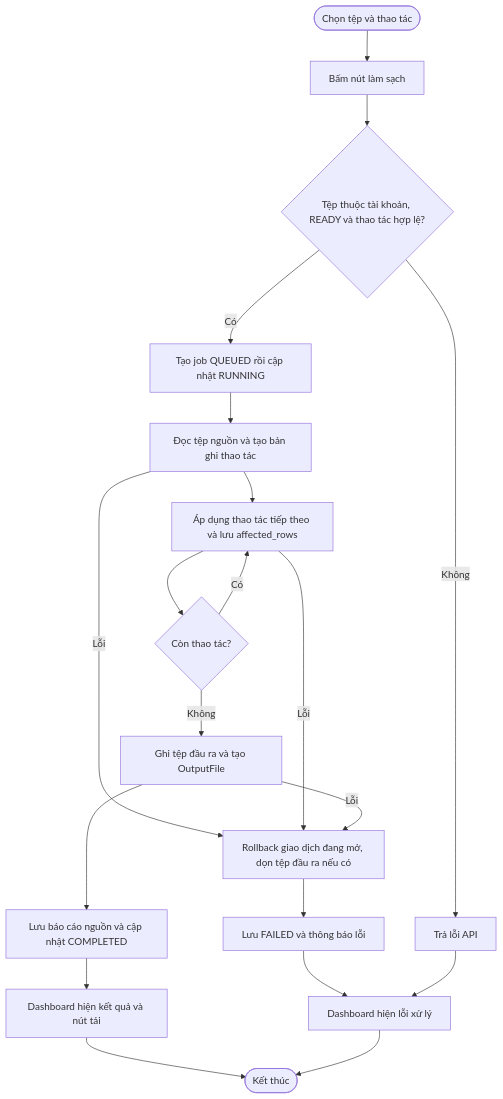
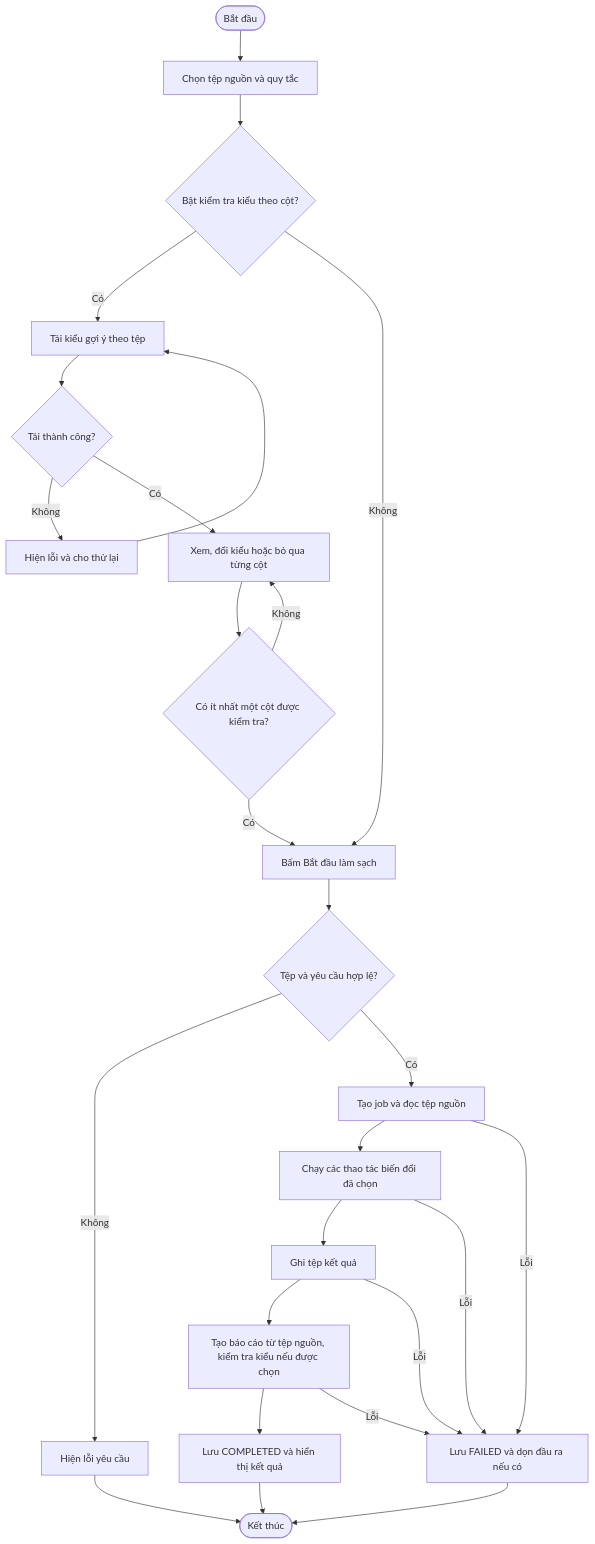
Diagram 11 of 24 in docs/diagrams/So-do-activity-va-sequence.md (tuoicaominh/DATA-CLEANING-AND-ANALYSIS-), drawn with Mermaid before and after one commit. The commit also changed other lines of this file and 2 other files, not shown here.

First line of the commit message:
docs: Cập nhật sơ đồ và báo cáo chức năng làm sạch dữ liệu

````diff
--- a/docs/diagrams/So-do-activity-va-sequence.md
+++ b/docs/diagrams/So-do-activity-va-sequence.md
@@ -284,22 +284,28 @@
 ```mermaid
 flowchart TD
-    A([Chọn tệp và thao tác]) --> B["Bấm nút làm sạch"]
-    B --> C{"Tệp thuộc tài khoản, READY và thao tác hợp lệ?"}
-    C -- Không --> D["Trả lỗi API"]
-    C -- Có --> E["Tạo job QUEUED rồi cập nhật RUNNING"]
-    E --> F["Đọc tệp nguồn và tạo bản ghi thao tác"]
-    F --> G["Áp dụng thao tác tiếp theo và lưu affected_rows"]
-    G --> H{"Còn thao tác?"}
-    H -- Có --> G
-    H -- Không --> I["Ghi tệp đầu ra và tạo OutputFile"]
-    I --> J["Lưu báo cáo nguồn và cập nhật COMPLETED"]
-    F -- Lỗi --> K["Rollback giao dịch đang mở, dọn tệp đầu ra nếu có"]
-    G -- Lỗi --> K
-    I -- Lỗi --> K
-    K --> L["Lưu FAILED và thông báo lỗi"]
-    J --> M["Dashboard hiện kết quả và nút tải"]
-    L --> N["Dashboard hiện lỗi xử lý"]
-    D --> N
-    M --> O([Kết thúc])
-    N --> O
+    start([Bắt đầu]) --> pick["Chọn tệp nguồn và quy tắc"]
+    pick --> checkTypes{"Bật kiểm tra kiểu theo cột?"}
+    checkTypes -->|Có| profile["Tải kiểu gợi ý theo tệp"]
+    profile --> loaded{"Tải thành công?"}
+    loaded -->|Không| retry["Hiện lỗi và cho thử lại"]
+    retry --> profile
+    loaded -->|Có| edit["Xem, đổi kiểu hoặc bỏ qua từng cột"]
+    edit --> configured{"Có ít nhất một cột được kiểm tra?"}
+    configured -->|Không| edit
+    configured -->|Có| submit["Bấm Bắt đầu làm sạch"]
+    checkTypes -->|Không| submit
+    submit --> accepted{"Tệp và yêu cầu hợp lệ?"}
+    accepted -->|Không| rejected["Hiện lỗi yêu cầu"]
+    accepted -->|Có| running["Tạo job và đọc tệp nguồn"]
+    running --> transform["Chạy các thao tác biến đổi đã chọn"]
+    transform --> store["Ghi tệp kết quả"]
+    store --> report["Tạo báo cáo từ tệp nguồn, kiểm tra kiểu nếu được chọn"]
+    report --> completed["Lưu COMPLETED và hiển thị kết quả"]
+    running -->|Lỗi| failed["Lưu FAILED và dọn đầu ra nếu có"]
+    transform -->|Lỗi| failed
+    store -->|Lỗi| failed
+    report -->|Lỗi| failed
+    rejected --> done([Kết thúc])
+    completed --> done
+    failed --> done
 ```
````
